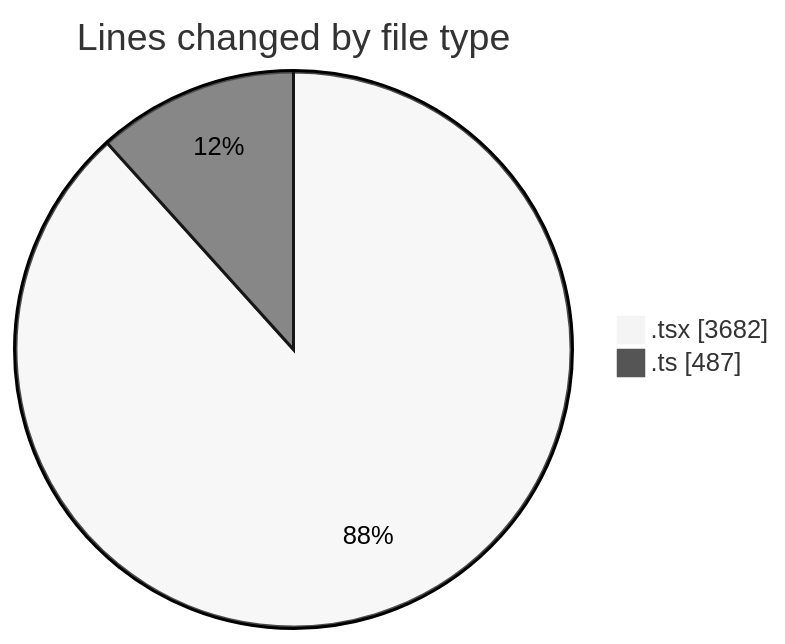
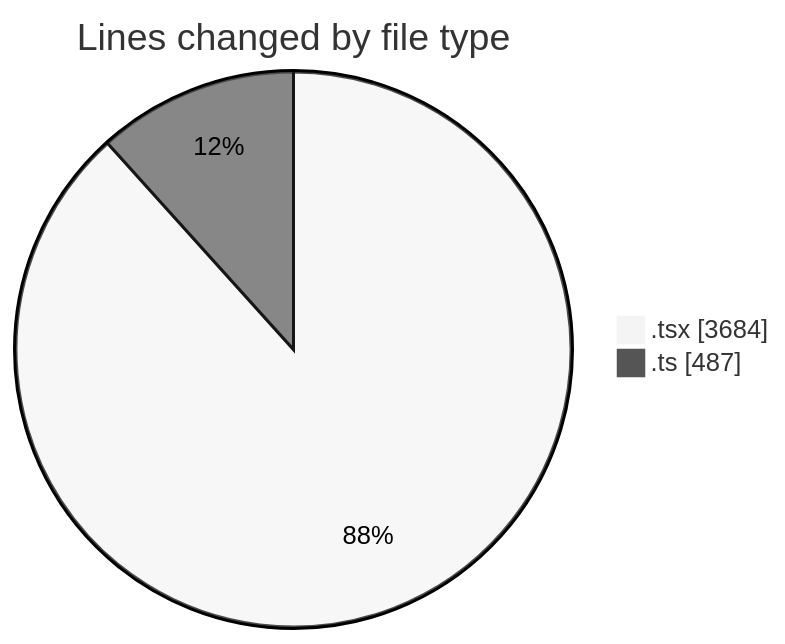
The first of 2 diagrams in 2026-03-31/nxtqube_webapp/README.md (nxtqubesakshisongat/code-tracking), drawn with Mermaid (neutral theme) before and after one commit. The commit also changed other lines of this file and 1 other file, not shown here.

````diff
--- a/2026-03-31/nxtqube_webapp/README.md
+++ b/2026-03-31/nxtqube_webapp/README.md
@@ -23,6 +23,6 @@
 ```mermaid
 pie showData
 title Lines changed by file type
-".tsx" : 3682
+".tsx" : 3684
 ".ts" : 487
 ```
````
